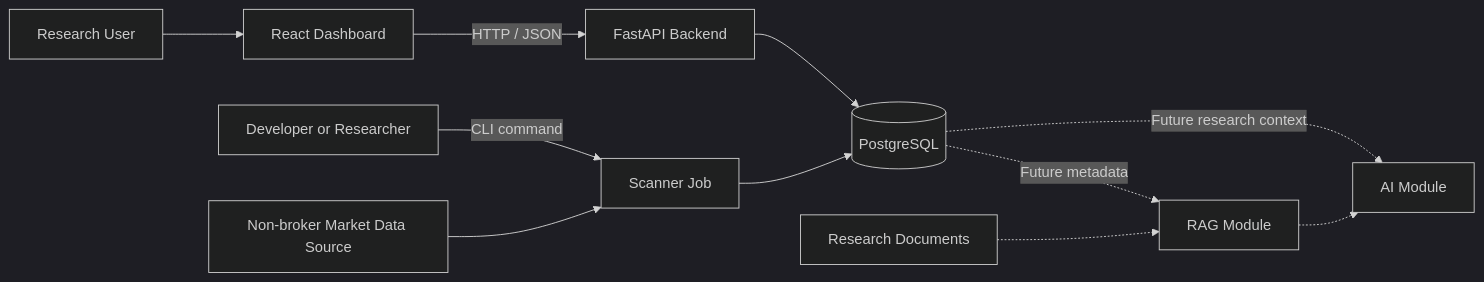
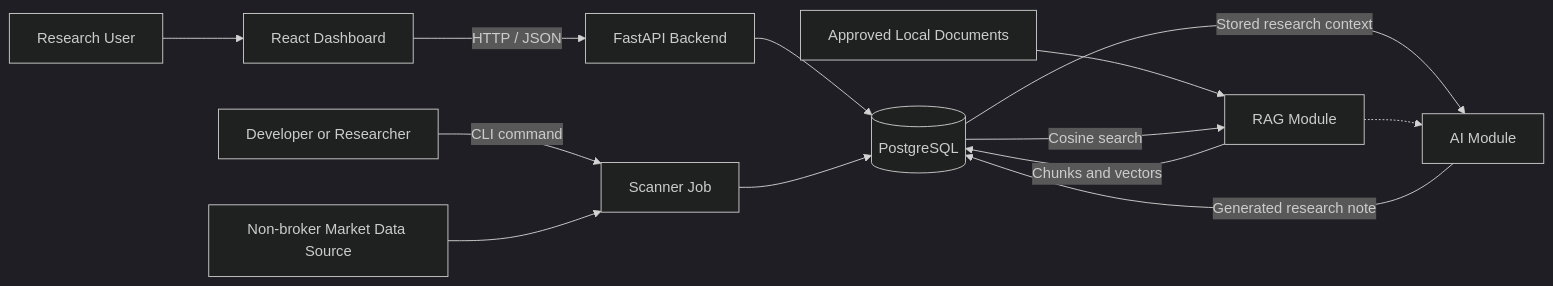
Before and after one commit to MinGGGoD/ai-quant-research-platform: the first of 2 diagrams in docs/02_system_design.md, drawn with Mermaid (dark theme). The commit also changed other lines of this file and 5 other files, not shown here.

````diff
--- a/docs/02_system_design.md
+++ b/docs/02_system_design.md
@@ -19,15 +19,17 @@
 ```mermaid
 flowchart LR
     User["Research User"] --> Frontend["React Dashboard"]
     Frontend -->|"HTTP / JSON"| Backend["FastAPI Backend"]
     Backend --> Database[("PostgreSQL")]
 
     Operator["Developer or Researcher"] -->|"CLI command"| Scanner["Scanner Job"]
     Source["Non-broker Market Data Source"] --> Scanner
     Scanner --> Database
 
-    Database -. "Future research context" .-> AI["AI Module"]
-    Database -. "Future metadata" .-> RAG["RAG Module"]
-    Documents["Research Documents"] -.-> RAG
+    Database -->|"Stored research context"| AI["AI Module"]
+    AI -->|"Generated research note"| Database
+    Documents["Approved Local Documents"] --> RAG["RAG Module"]
+    RAG -->|"Chunks and vectors"| Database
+    Database -->|"Cosine search"| RAG
     RAG -.-> AI
 ```
````
